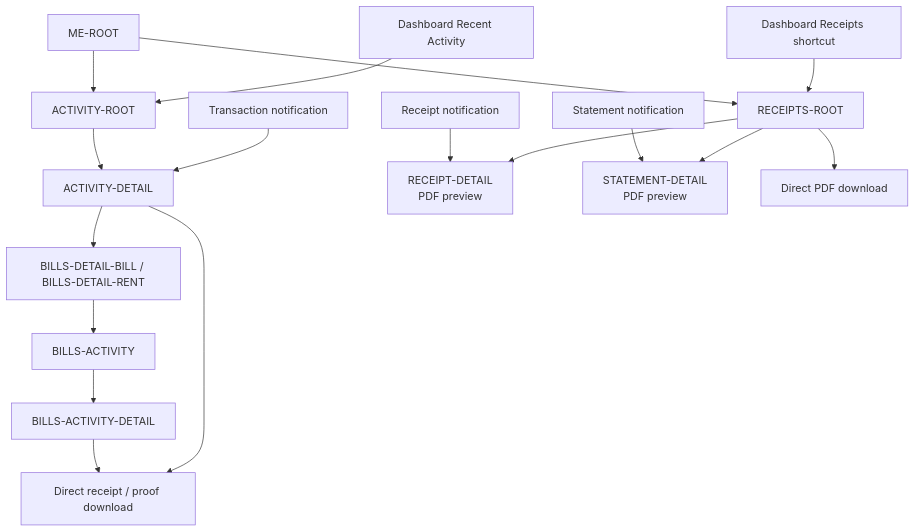
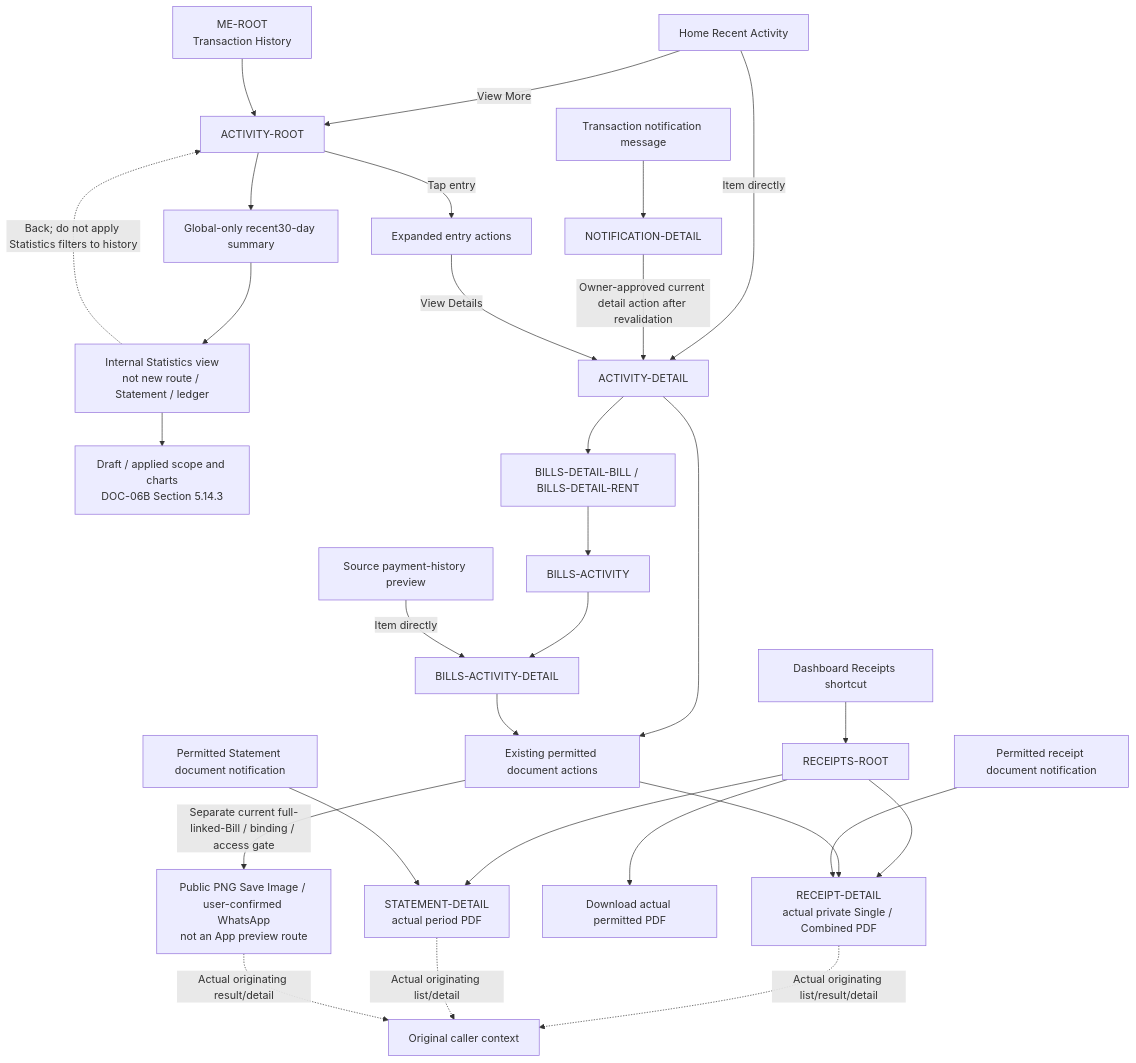
The diagram in docs/diagrams/routes/payplus-activity-receipts-route-map.md (adminpayplus/payplus-docs), drawn with Mermaid before and after one commit. The commit also changed other lines of this file and 25 other files, not shown here.

````diff
--- a/docs/diagrams/routes/payplus-activity-receipts-route-map.md
+++ b/docs/diagrams/routes/payplus-activity-receipts-route-map.md
@@ -7,22 +7,31 @@
 ```mermaid
 flowchart TD
-  RECENT["Dashboard Recent Activity"] --> ACTROOT["ACTIVITY-ROOT"]
-  ME["ME-ROOT"] --> ACTROOT
-  NOTIFY["Transaction notification"] --> ACTDETAIL["ACTIVITY-DETAIL"]
-  ACTROOT --> ACTDETAIL
+  RECENT["Home Recent Activity"] -->|"Item directly"| ACTDETAIL["ACTIVITY-DETAIL"]
+  RECENT -->|"View More"| ACTROOT["ACTIVITY-ROOT"]
+  ME["ME-ROOT<br/>Transaction History"] --> ACTROOT
+  NOTIFY["Transaction notification message"] --> NDETAIL["NOTIFICATION-DETAIL"]
+  NDETAIL -->|"Owner-approved current detail action after revalidation"| ACTDETAIL
+  ACTROOT --> SUMMARY["Global-only recent30-day summary"]
+  SUMMARY --> STATS["Internal Statistics view<br/>not new route / Statement / ledger"]
+  STATS --> FILTERS["Draft / applied scope and charts<br/>DOC-06B Section 5.14.3"]
+  STATS -. "Back; do not apply Statistics filters to history" .-> ACTROOT
+  ACTROOT -->|"Tap entry"| EXPAND["Expanded entry actions"]
+  EXPAND -->|"View Details"| ACTDETAIL
   ACTDETAIL --> BILLDETAIL["BILLS-DETAIL-BILL / BILLS-DETAIL-RENT"]
-  ACTDETAIL --> DOWNLOAD["Direct receipt / proof download"]
-
+  ACTDETAIL --> FILES["Existing permitted document actions"]
   SHORTCUT["Dashboard Receipts shortcut"] --> RECEIPTS["RECEIPTS-ROOT"]
-  ME --> RECEIPTS
-  RECEIPTS --> RECEIPT["RECEIPT-DETAIL<br/>PDF preview"]
-  RECEIPTS --> STATEMENT["STATEMENT-DETAIL<br/>PDF preview"]
-  RECEIPTS --> DIRECT["Direct PDF download"]
-
-  RECEIPTNOTIFY["Receipt notification"] --> RECEIPT
-  STATEMENTNOTIFY["Statement notification"] --> STATEMENT
-
+  RECEIPTS --> RECEIPT["RECEIPT-DETAIL<br/>actual private Single / Combined PDF"]
+  RECEIPTS --> STATEMENT["STATEMENT-DETAIL<br/>actual period PDF"]
+  RECEIPTS --> DIRECT["Download actual permitted PDF"]
+  FILES --> RECEIPT
+  FILES -->|"Separate current full-linked-Bill / binding / access gate"| PUBLIC["Public PNG Save Image / user-confirmed WhatsApp<br/>not an App preview route"]
+  RECEIPTNOTIFY["Permitted receipt document notification"] --> RECEIPT
+  STATEMENTNOTIFY["Permitted Statement document notification"] --> STATEMENT
   BILLDETAIL --> BILLACTIVITY["BILLS-ACTIVITY"]
   BILLACTIVITY --> BILLACTIVITYDETAIL["BILLS-ACTIVITY-DETAIL"]
-  BILLACTIVITYDETAIL --> DOWNLOAD
+  PREVIEW["Source payment-history preview"] -->|"Item directly"| BILLACTIVITYDETAIL
+  BILLACTIVITYDETAIL --> FILES
+  RECEIPT -. "Actual originating list/result/detail" .-> CALLER["Original caller context"]
+  STATEMENT -. "Actual originating list/detail" .-> CALLER
+  PUBLIC -. "Actual originating result/detail" .-> CALLER
 ```
````
